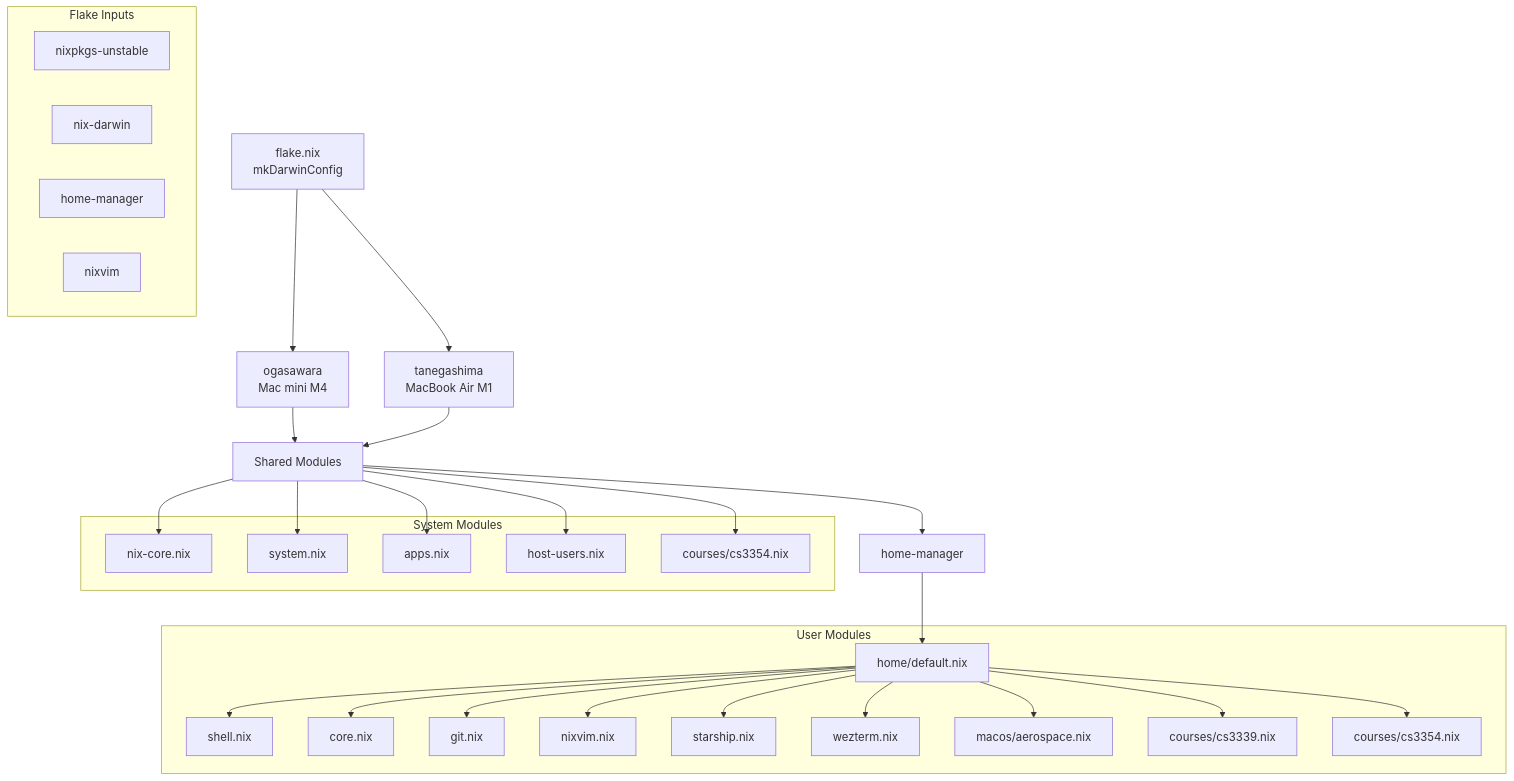
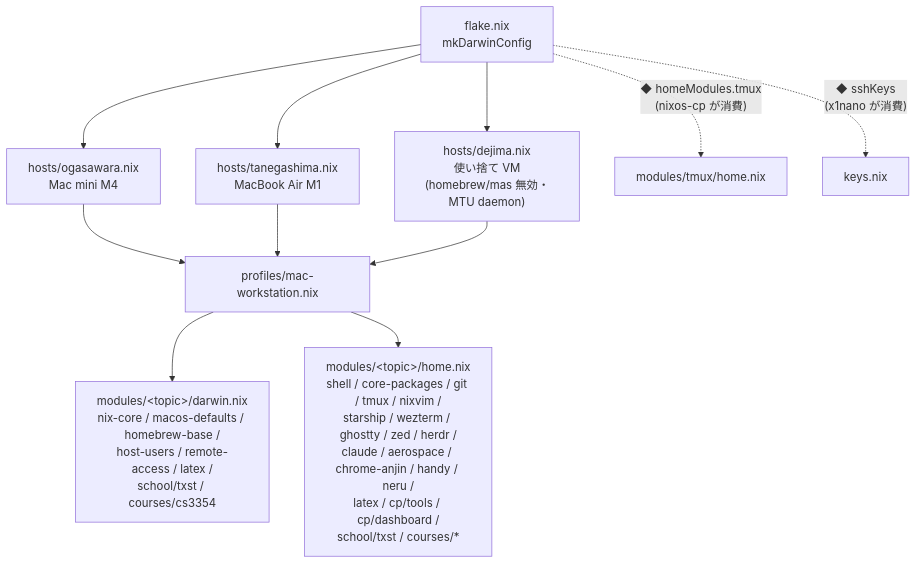
The first of 2 diagrams in README.md (MeJamoLeo/nix-darwin-conf), drawn with Mermaid before and after one commit. The commit also changed other lines of this file and 95 other files, not shown here.

First line of the commit message:
refactor: ドメイン軸ツリーへ再編（hosts/ + profiles/ + modules/<topic>/）

````diff
--- a/README.md
+++ b/README.md
@@ -7,54 +24,16 @@
 ```mermaid
 graph TD
-    flake["flake.nix<br/>mkDarwinConfig"] --> ogasawara["ogasawara<br/>Mac mini M4"]
-    flake --> tanegashima["tanegashima<br/>MacBook Air M1"]
+    flake["flake.nix<br/>mkDarwinConfig"] --> ogasawara["hosts/ogasawara.nix<br/>Mac mini M4"]
+    flake --> tanegashima["hosts/tanegashima.nix<br/>MacBook Air M1"]
+    flake --> dejima["hosts/dejima.nix<br/>使い捨て VM<br/>(homebrew/mas 無効・MTU daemon)"]
 
-    ogasawara --> modules["Shared Modules"]
-    tanegashima --> modules
+    ogasawara --> profile["profiles/mac-workstation.nix"]
+    tanegashima --> profile
+    dejima --> profile
 
-    modules --> nix-core["nix-core.nix"]
-    modules --> system["system.nix"]
-    modules --> apps["apps.nix"]
-    modules --> host-users["host-users.nix"]
-    modules --> mod-cs3354["courses/cs3354.nix"]
-    modules --> hm["home-manager"]
+    profile --> sys["modules/&lt;topic&gt;/darwin.nix<br/>nix-core / macos-defaults / homebrew-base /<br/>host-users / remote-access / latex /<br/>school/txst / courses/cs3354"]
+    profile --> usr["modules/&lt;topic&gt;/home.nix<br/>shell / core-packages / git / tmux / nixvim /<br/>starship / wezterm / ghostty / zed / herdr /<br/>claude / aerospace / chrome-anjin / handy / neru /<br/>latex / cp/tools / cp/dashboard /<br/>school/txst / courses/*"]
 
-    hm --> home-default["home/default.nix"]
-    home-default --> shell["shell.nix"]
-    home-default --> core["core.nix"]
-    home-default --> git["git.nix"]
-    home-default --> nixvim["nixvim.nix"]
-    home-default --> starship["starship.nix"]
-    home-default --> wezterm["wezterm.nix"]
-    home-default --> aerospace["macos/aerospace.nix"]
-    home-default --> cs3339["courses/cs3339.nix"]
-    home-default --> cs3354["courses/cs3354.nix"]
-
-    subgraph "Flake Inputs"
-        nixpkgs-unstable
-        nix-darwin
-        hm-input["home-manager"]
-        nixvim-input["nixvim"]
-    end
-
-    subgraph "System Modules"
-        nix-core
-        system
-        apps
-        host-users
-        mod-cs3354
-    end
-
-    subgraph "User Modules"
-        home-default
-        shell
-        core
-        git
-        nixvim
-        starship
-        wezterm
-        aerospace
-        cs3339
-        cs3354
-    end
+    flake -. "◆ homeModules.tmux<br/>(nixos-cp が消費)" .-> tmux["modules/tmux/home.nix"]
+    flake -. "◆ sshKeys<br/>(x1nano が消費)" .-> keys["keys.nix"]
 ```
````
